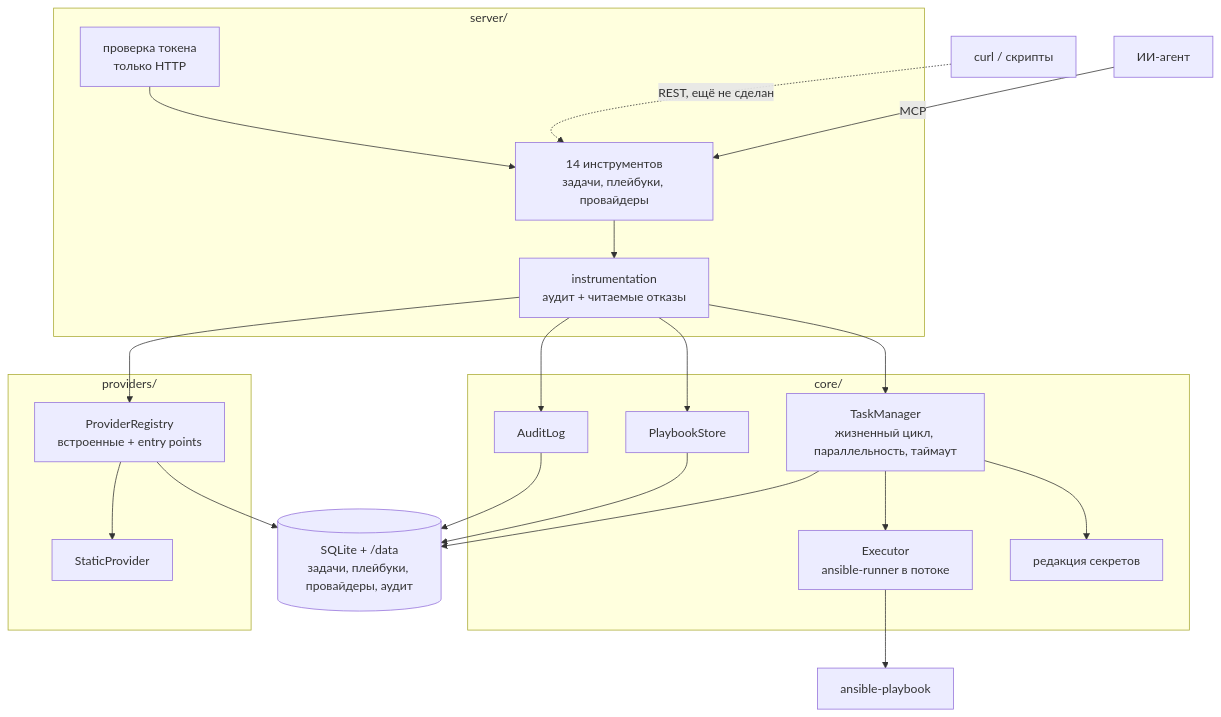
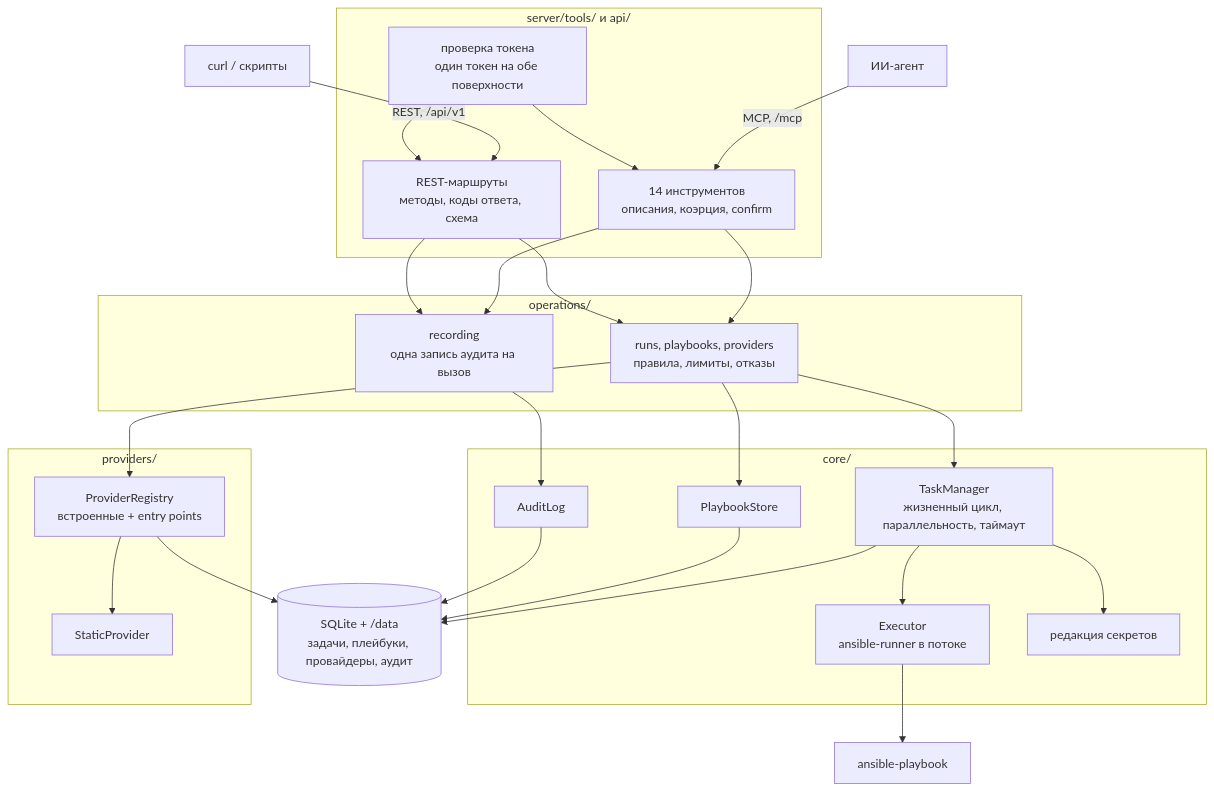
Before and after one commit to ppavlovrus/simple_ansible_controller: the first of 2 diagrams in docs/ru/architecture.md, drawn with Mermaid. The commit also changed other lines of this file and 9 other files, not shown here.

````diff
--- a/docs/ru/architecture.md
+++ b/docs/ru/architecture.md
@@ -10,42 +10,51 @@
 ```mermaid
 graph TB
-    Agent[ИИ-агент] -->|MCP| Tools
-    Human[curl / скрипты] -.->|REST, ещё не сделан| Tools
+    Agent[ИИ-агент] -->|MCP, /mcp| Tools
+    Human[curl / скрипты] -->|REST, /api/v1| Routes
 
-    subgraph Interface["server/"]
-        Tools[14 инструментов<br/>задачи, плейбуки, провайдеры]
-        Instr[instrumentation<br/>аудит + читаемые отказы]
-        Auth[проверка токена<br/>только HTTP]
+    subgraph Surfaces["server/tools/ и api/"]
+        Tools[14 инструментов<br/>описания, коэрция, confirm]
+        Routes[REST-маршруты<br/>методы, коды ответа, схема]
+        Auth[проверка токена<br/>один токен на обе поверхности]
+    end
+
+    subgraph Ops["operations/"]
+        Rules[runs, playbooks, providers<br/>правила, лимиты, отказы]
+        Rec[recording<br/>одна запись аудита на вызов]
     end
 
     subgraph Core["core/"]
         TM[TaskManager<br/>жизненный цикл, параллельность, таймаут]
         Exec[Executor<br/>ansible-runner в потоке]
         Store[PlaybookStore]
         Redact[редакция секретов]
         Audit[AuditLog]
     end
 
     subgraph Providers["providers/"]
         Registry[ProviderRegistry<br/>встроенные + entry points]
         Static[StaticProvider]
     end
 
     Data[(SQLite + /data<br/>задачи, плейбуки, провайдеры, аудит)]
     Ansible[ansible-playbook]
 
     Auth --> Tools
-    Tools --> Instr
-    Instr --> TM
-    Instr --> Store
-    Instr --> Registry
-    Instr --> Audit
+    Auth --> Routes
+    Tools --> Rules
+    Routes --> Rules
+    Tools --> Rec
+    Routes --> Rec
+    Rules --> TM
+    Rules --> Store
+    Rules --> Registry
+    Rec --> Audit
     TM --> Exec
     TM --> Redact
     Registry --> Static
     Exec --> Ansible
     TM --> Data
     Store --> Data
     Audit --> Data
     Registry --> Data
 ```
````
